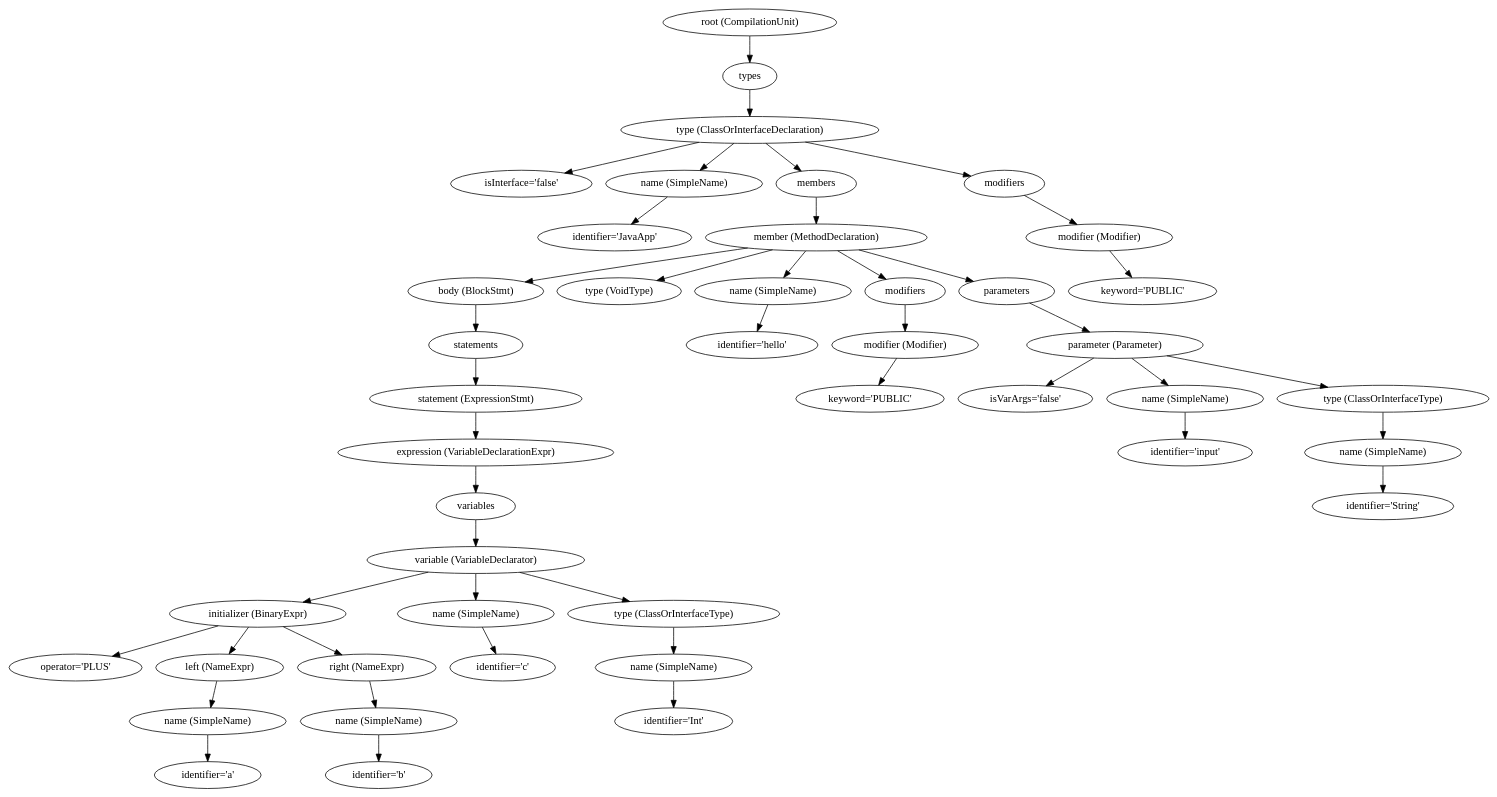
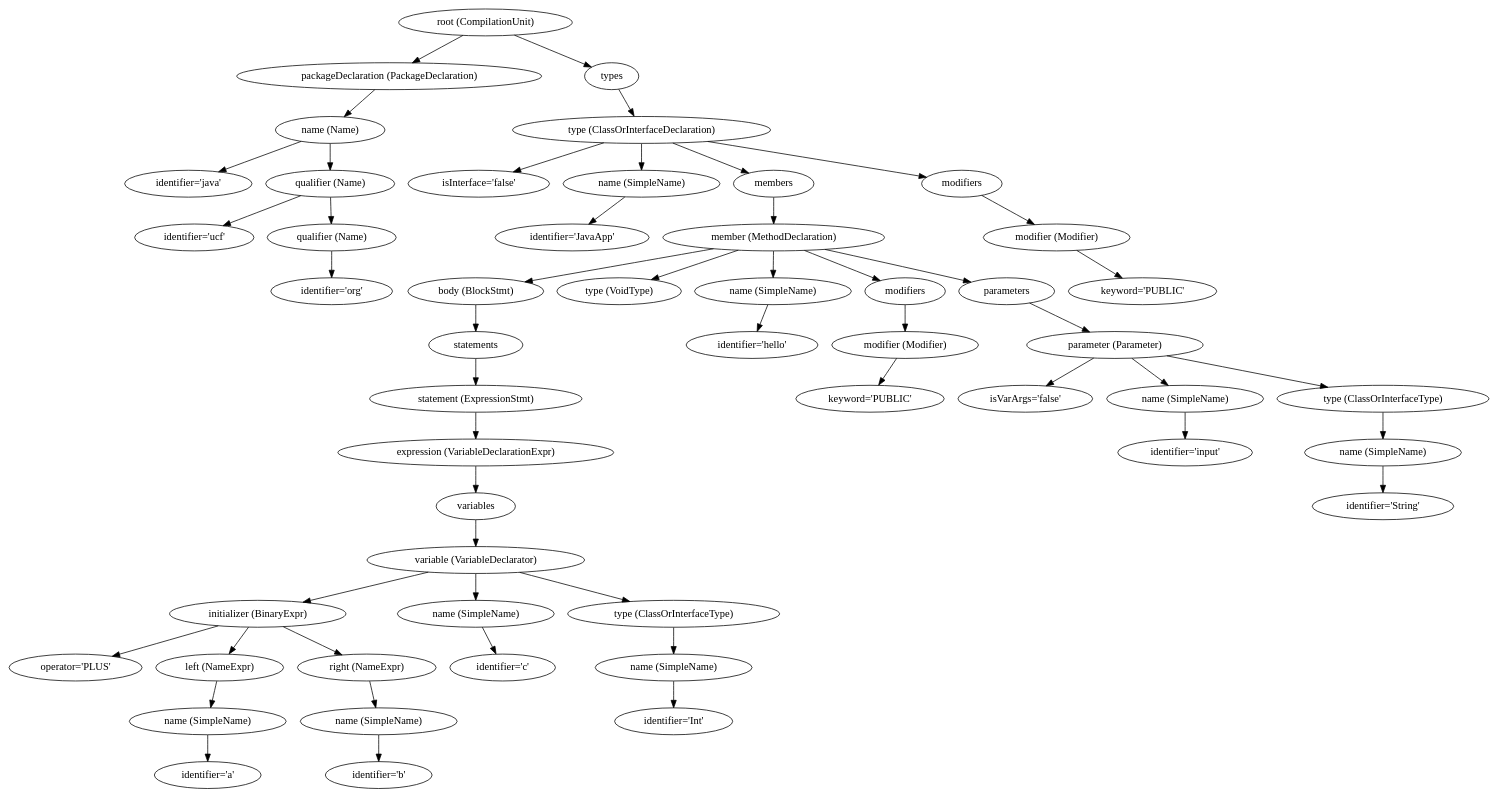
One commit to bingrao/code2abs changed the diagram in log/test.dot. Above: the diagram before and after it, drawn with Graphviz. The commit also changed 19 other files, not shown here.

```diff
--- a/log/test.dot
+++ b/log/test.dot
@@ -1,89 +1,103 @@
 digraph {
 n0 [label="root (CompilationUnit)"];
-n1 [label="types"];
+n1 [label="packageDeclaration (PackageDeclaration)"];
 n0 -> n1;
-n2 [label="type (ClassOrInterfaceDeclaration)"];
+n2 [label="name (Name)"];
 n1 -> n2;
-n3 [label="isInterface='false'"];
+n3 [label="identifier='java'"];
 n2 -> n3;
-n4 [label="name (SimpleName)"];
+n4 [label="qualifier (Name)"];
 n2 -> n4;
-n5 [label="identifier='JavaApp'"];
+n5 [label="identifier='ucf'"];
 n4 -> n5;
-n6 [label="members"];
-n2 -> n6;
-n7 [label="member (MethodDeclaration)"];
+n6 [label="qualifier (Name)"];
+n4 -> n6;
+n7 [label="identifier='org'"];
 n6 -> n7;
-n8 [label="body (BlockStmt)"];
-n7 -> n8;
-n9 [label="statements"];
+n8 [label="types"];
+n0 -> n8;
+n9 [label="type (ClassOrInterfaceDeclaration)"];
 n8 -> n9;
-n10 [label="statement (ExpressionStmt)"];
+n10 [label="isInterface='false'"];
 n9 -> n10;
-n11 [label="expression (VariableDeclarationExpr)"];
-n10 -> n11;
-n12 [label="variables"];
+n11 [label="name (SimpleName)"];
+n9 -> n11;
+n12 [label="identifier='JavaApp'"];
 n11 -> n12;
-n13 [label="variable (VariableDeclarator)"];
-n12 -> n13;
-n14 [label="initializer (BinaryExpr)"];
+n13 [label="members"];
+n9 -> n13;
+n14 [label="member (MethodDeclaration)"];
 n13 -> n14;
-n15 [label="operator='PLUS'"];
+n15 [label="body (BlockStmt)"];
 n14 -> n15;
-n16 [label="left (NameExpr)"];
-n14 -> n16;
-n17 [label="name (SimpleName)"];
+n16 [label="statements"];
+n15 -> n16;
+n17 [label="statement (ExpressionStmt)"];
 n16 -> n17;
-n18 [label="identifier='a'"];
+n18 [label="expression (VariableDeclarationExpr)"];
 n17 -> n18;
-n19 [label="right (NameExpr)"];
-n14 -> n19;
-n20 [label="name (SimpleName)"];
+n19 [label="variables"];
+n18 -> n19;
+n20 [label="variable (VariableDeclarator)"];
 n19 -> n20;
-n21 [label="identifier='b'"];
+n21 [label="initializer (BinaryExpr)"];
 n20 -> n21;
-n22 [label="name (SimpleName)"];
-n13 -> n22;
-n23 [label="identifier='c'"];
-n22 -> n23;
-n24 [label="type (ClassOrInterfaceType)"];
-n13 -> n24;
-n25 [label="name (SimpleName)"];
+n22 [label="operator='PLUS'"];
+n21 -> n22;
+n23 [label="left (NameExpr)"];
+n21 -> n23;
+n24 [label="name (SimpleName)"];
+n23 -> n24;
+n25 [label="identifier='a'"];
 n24 -> n25;
-n26 [label="identifier='Int'"];
-n25 -> n26;
-n27 [label="type (VoidType)"];
-n7 -> n27;
-n28 [label="name (SimpleName)"];
-n7 -> n28;
-n29 [label="identifier='hello'"];
-n28 -> n29;
-n30 [label="modifiers"];
-n7 -> n30;
-n31 [label="modifier (Modifier)"];
-n30 -> n31;
-n32 [label="keyword='PUBLIC'"];
+n26 [label="right (NameExpr)"];
+n21 -> n26;
+n27 [label="name (SimpleName)"];
+n26 -> n27;
+n28 [label="identifier='b'"];
+n27 -> n28;
+n29 [label="name (SimpleName)"];
+n20 -> n29;
+n30 [label="identifier='c'"];
+n29 -> n30;
+n31 [label="type (ClassOrInterfaceType)"];
+n20 -> n31;
+n32 [label="name (SimpleName)"];
 n31 -> n32;
-n33 [label="parameters"];
-n7 -> n33;
-n34 [label="parameter (Parameter)"];
-n33 -> n34;
-n35 [label="isVarArgs='false'"];
-n34 -> n35;
-n36 [label="name (SimpleName)"];
-n34 -> n36;
-n37 [label="identifier='input'"];
-n36 -> n37;
-n38 [label="type (ClassOrInterfaceType)"];
-n34 -> n38;
-n39 [label="name (SimpleName)"];
+n33 [label="identifier='Int'"];
+n32 -> n33;
+n34 [label="type (VoidType)"];
+n14 -> n34;
+n35 [label="name (SimpleName)"];
+n14 -> n35;
+n36 [label="identifier='hello'"];
+n35 -> n36;
+n37 [label="modifiers"];
+n14 -> n37;
+n38 [label="modifier (Modifier)"];
+n37 -> n38;
+n39 [label="keyword='PUBLIC'"];
 n38 -> n39;
-n40 [label="identifier='String'"];
-n39 -> n40;
-n41 [label="modifiers"];
-n2 -> n41;
-n42 [label="modifier (Modifier)"];
+n40 [label="parameters"];
+n14 -> n40;
+n41 [label="parameter (Parameter)"];
+n40 -> n41;
+n42 [label="isVarArgs='false'"];
 n41 -> n42;
-n43 [label="keyword='PUBLIC'"];
-n42 -> n43;
+n43 [label="name (SimpleName)"];
+n41 -> n43;
+n44 [label="identifier='input'"];
+n43 -> n44;
+n45 [label="type (ClassOrInterfaceType)"];
+n41 -> n45;
+n46 [label="name (SimpleName)"];
+n45 -> n46;
+n47 [label="identifier='String'"];
+n46 -> n47;
+n48 [label="modifiers"];
+n9 -> n48;
+n49 [label="modifier (Modifier)"];
+n48 -> n49;
+n50 [label="keyword='PUBLIC'"];
+n49 -> n50;
 }
```
